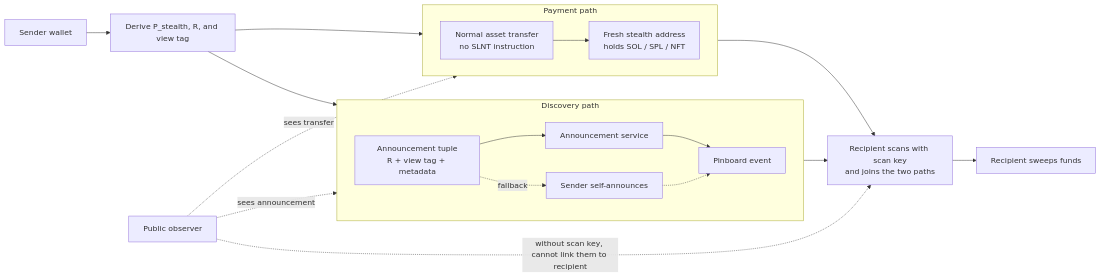
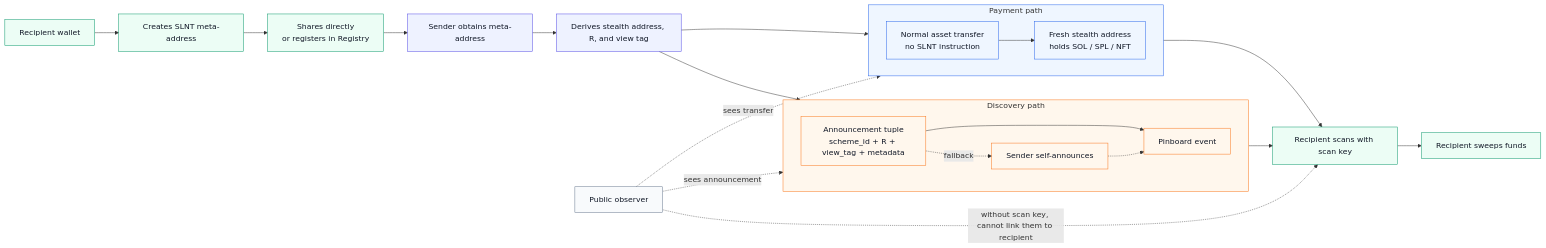
Before and after one commit to susruth/slnt: the second of 2 diagrams in RFC.md, drawn with Mermaid. The commit also changed other lines of this file, not shown here.

````diff
--- a/RFC.md
+++ b/RFC.md
@@ -76,26 +80,44 @@
 ```mermaid
 flowchart LR
-  S["Sender wallet"] --> D["Derive P_stealth, R, and view tag"]
+  R["Recipient wallet"] --> M["Creates SLNT meta-address"]
+  M --> SHARE["Shares directly<br/>or registers in Registry"]
+  SHARE --> S["Sender obtains meta-address"]
+  S --> D["Derives stealth address, R, and view tag"]
 
   subgraph payment["Payment path"]
     direction LR
     TX["Normal asset transfer<br/>no SLNT instruction"] --> P["Fresh stealth address<br/>holds SOL / SPL / NFT"]
   end
 
   subgraph discovery["Discovery path"]
     direction LR
-    N["Announcement tuple<br/>R + view tag + metadata"] --> AS["Announcement service"] --> PB["Pinboard event"]
+    N["Announcement tuple<br/>scheme_id + R + view_tag + metadata"] --> PB["Pinboard event"]
     N -. "fallback" .-> SELF["Sender self-announces"] -.-> PB
   end
 
   D --> TX
   D --> N
 
-  PB --> JOIN["Recipient scans with scan key<br/>and joins the two paths"]
-  P --> JOIN
-  JOIN --> SWEEP["Recipient sweeps funds"]
+  PB --> SCAN["Recipient scans with scan key"]
+  P --> SCAN
+  SCAN --> SWEEP["Recipient sweeps funds"]
 
   OBS["Public observer"] -. "sees transfer" .-> P
   OBS -. "sees announcement" .-> PB
-  OBS -. "without scan key, cannot link them to recipient" .-> JOIN
+  OBS -. "without scan key, cannot link them to recipient" .-> SCAN
+
+  classDef recipient fill:#ecfdf5,stroke:#059669,color:#111827;
+  classDef sender fill:#eef2ff,stroke:#4f46e5,color:#111827;
+  classDef paymentNode fill:#eff6ff,stroke:#2563eb,color:#111827;
+  classDef discoveryNode fill:#fff7ed,stroke:#f97316,color:#111827;
+  classDef observer fill:#f8fafc,stroke:#64748b,color:#111827;
+
+  class R,M,SHARE,SCAN,SWEEP recipient;
+  class S,D sender;
+  class TX,P paymentNode;
+  class N,PB,SELF discoveryNode;
+  class OBS observer;
+
+  style payment fill:#eff6ff,stroke:#2563eb,stroke-width:1px;
+  style discovery fill:#fff7ed,stroke:#f97316,stroke-width:1px;
 ```
````
